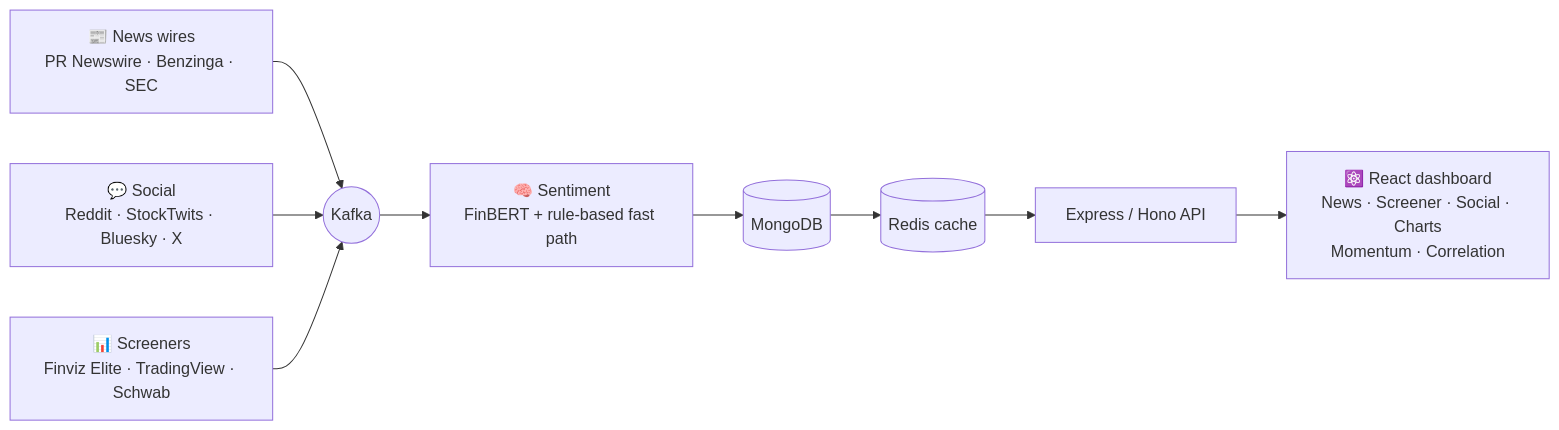
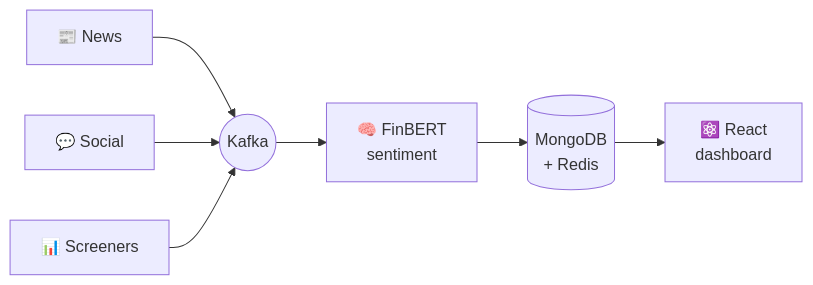
The diagram in README.md (Amansome/Amansome), drawn with Mermaid before and after one commit.

Commit message:
Simplify FlashFeed diagram for readability

````diff
--- a/README.md
+++ b/README.md
@@ -37,11 +37,9 @@
 ```mermaid
 flowchart LR
-  A["📰 News wires<br/>PR Newswire · Benzinga · SEC"] --> K(("Kafka"))
-  B["💬 Social<br/>Reddit · StockTwits · Bluesky · X"] --> K
-  C["📊 Screeners<br/>Finviz Elite · TradingView · Schwab"] --> K
-  K --> S["🧠 Sentiment<br/>FinBERT + rule-based fast path"]
-  S --> M[("MongoDB")]
-  M --> R[("Redis cache")]
-  R --> API["Express / Hono API"]
-  API --> UI["⚛️ React dashboard<br/>News · Screener · Social · Charts<br/>Momentum · Correlation"]
+  A["📰 News"] --> K(("Kafka"))
+  B["💬 Social"] --> K
+  C["📊 Screeners"] --> K
+  K --> S["🧠 FinBERT<br/>sentiment"]
+  S --> M[("MongoDB<br/>+ Redis")]
+  M --> UI["⚛️ React<br/>dashboard"]
 ```
````
